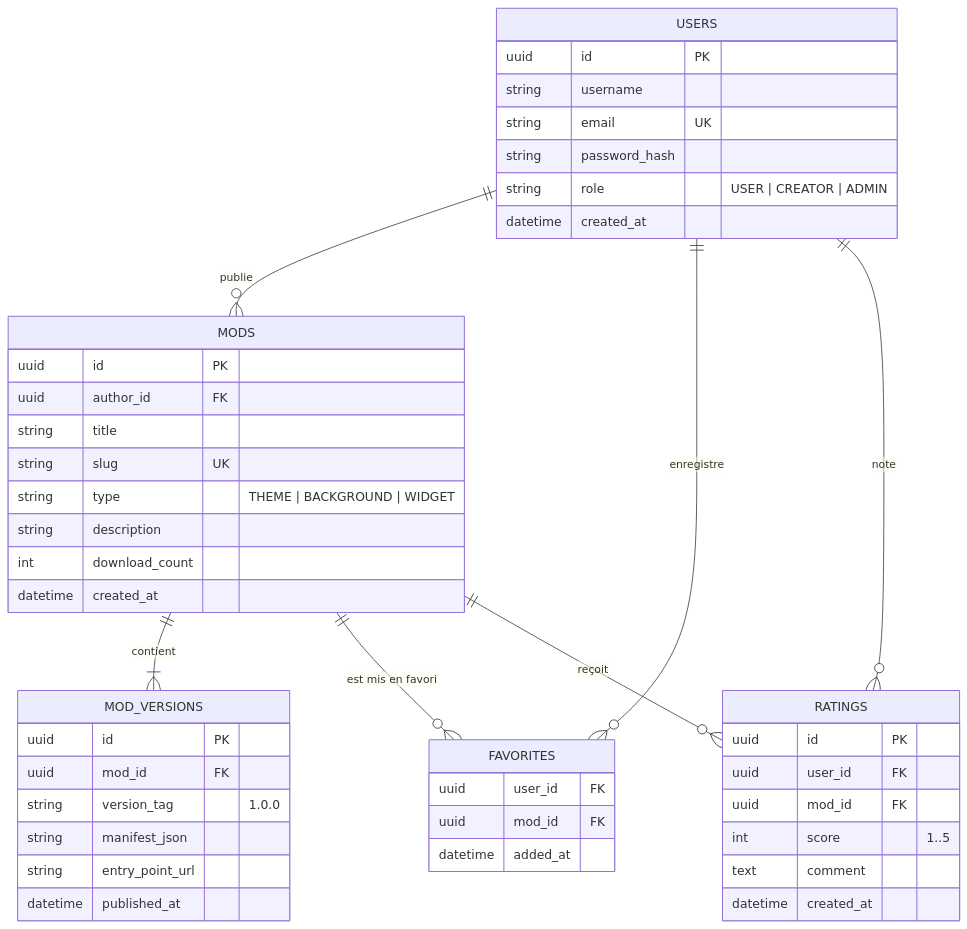
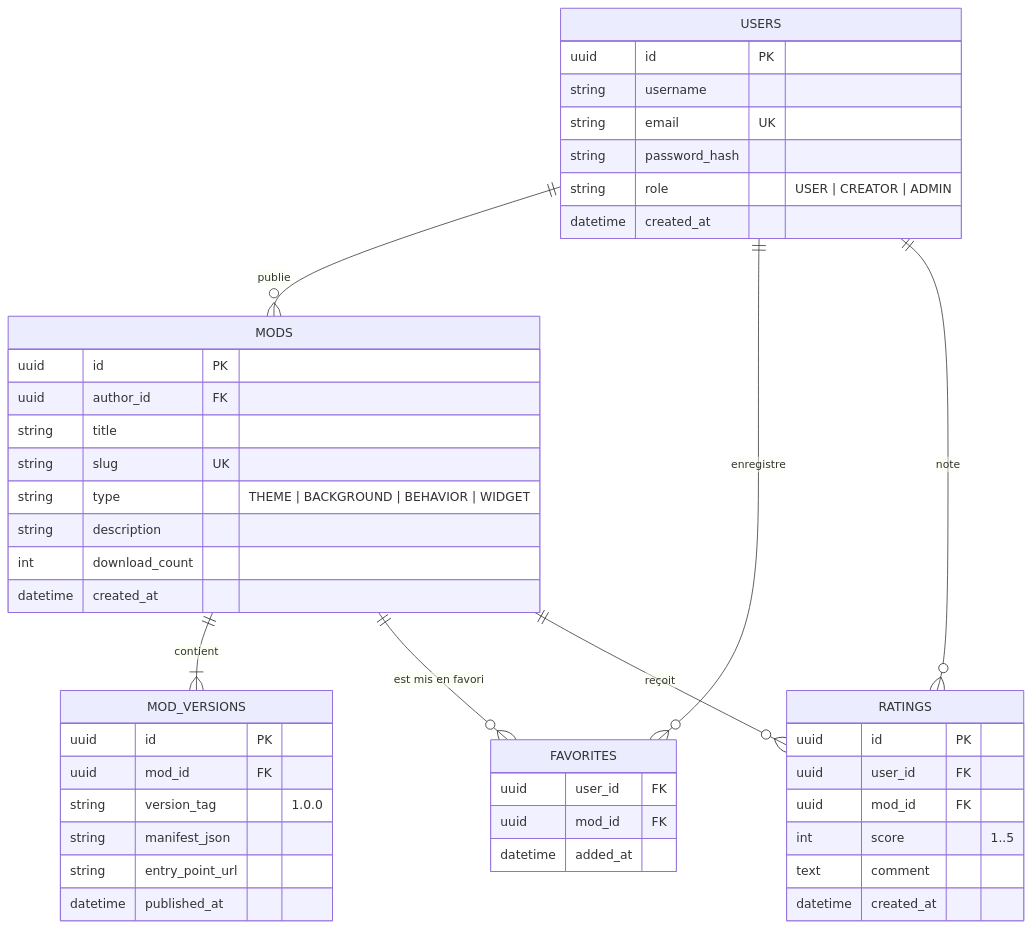
One commit to xhuriken/OSauce changed the second of 2 diagrams in docs/EXTENSIONS.md. Above: the diagram before and after it, drawn with Mermaid. The commit also changed other lines of this file and 2 other files, not shown here.

Commit message:
docs: engrave behavioral mods architecture and comprehensive settings sub-screens specification

````diff
--- a/docs/EXTENSIONS.md
+++ b/docs/EXTENSIONS.md
@@ -63,53 +117,53 @@
 ```mermaid
 erDiagram
     USERS ||--o{ MODS : "publie"
     USERS ||--o{ FAVORITES : "enregistre"
     USERS ||--o{ RATINGS : "note"
     MODS ||--|{ MOD_VERSIONS : "contient"
     MODS ||--o{ FAVORITES : "est mis en favori"
     MODS ||--o{ RATINGS : "reçoit"
 
     USERS {
         uuid id PK
         string username
         string email UK
         string password_hash
         string role "USER | CREATOR | ADMIN"
         datetime created_at
     }
 
     MODS {
         uuid id PK
         uuid author_id FK
         string title
         string slug UK
-        string type "THEME | BACKGROUND | WIDGET"
+        string type "THEME | BACKGROUND | BEHAVIOR | WIDGET"
         string description
         int download_count
         datetime created_at
     }
 
     MOD_VERSIONS {
         uuid id PK
         uuid mod_id FK
         string version_tag "1.0.0"
         string manifest_json
         string entry_point_url
         datetime published_at
     }
 
     FAVORITES {
         uuid user_id FK
         uuid mod_id FK
         datetime added_at
     }
 
     RATINGS {
         uuid id PK
         uuid user_id FK
         uuid mod_id FK
         int score "1..5"
         text comment
         datetime created_at
     }
 ```
````
